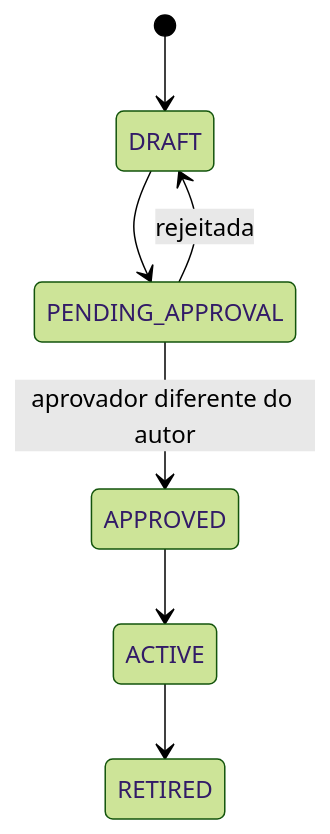
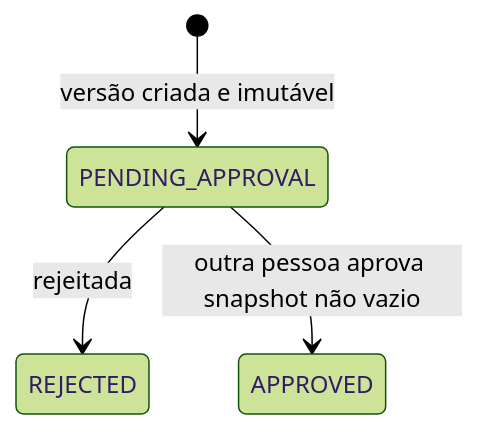
Before and after one commit to pablo-bochi/fraud-engine: the first of 8 diagrams in docs/plans/2026-09-04-1738-feat-fraud-detection-engine-plan.md, drawn with Mermaid (forest theme). The commit also changed other lines of this file, not shown here.

````diff
--- a/docs/plans/2026-09-04-1738-feat-fraud-detection-engine-plan.md
+++ b/docs/plans/2026-09-04-1738-feat-fraud-detection-engine-plan.md
@@ -93,9 +102,6 @@
 ```mermaid
 stateDiagram-v2
-  [*] --> DRAFT
-  DRAFT --> PENDING_APPROVAL
-  PENDING_APPROVAL --> DRAFT: rejeitada
-  PENDING_APPROVAL --> APPROVED: aprovador diferente do autor
-  APPROVED --> ACTIVE
-  ACTIVE --> RETIRED
+  [*] --> PENDING_APPROVAL: versão criada e imutável
+  PENDING_APPROVAL --> REJECTED: rejeitada
+  PENDING_APPROVAL --> APPROVED: outra pessoa aprova snapshot não vazio
 ```
````
